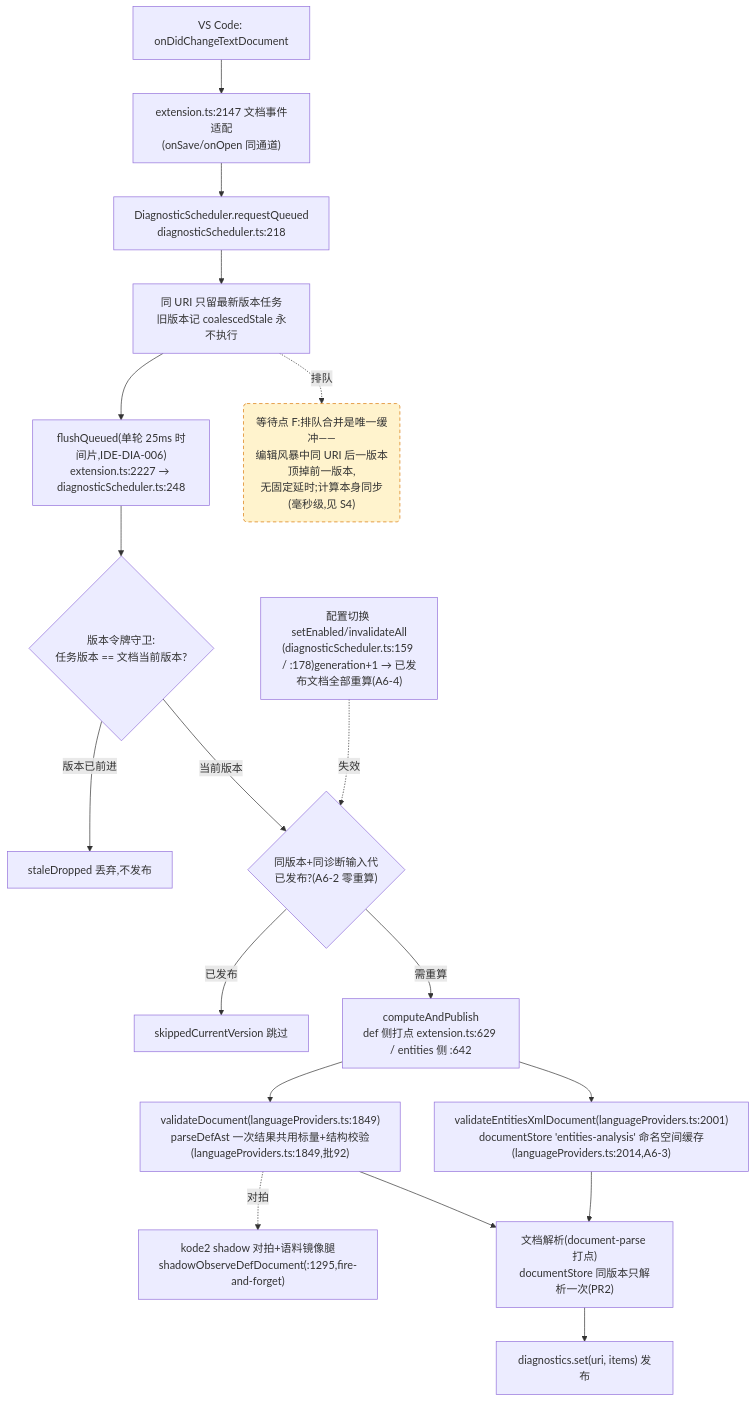
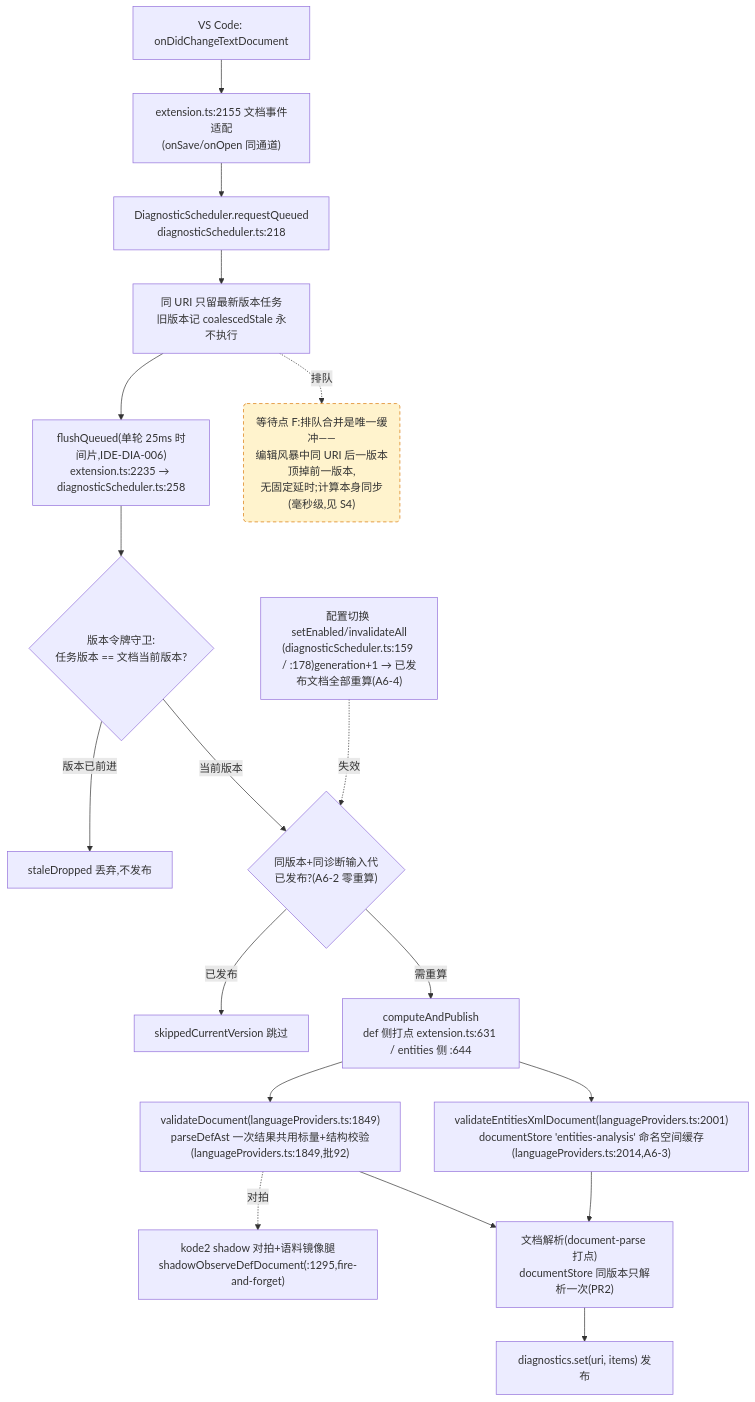
Before and after one commit to cuihairu/kode: the fourth of 4 diagrams in docs/perf/2026-baseline.md, drawn with Mermaid. The commit also changed other lines of this file and 1 other file, not shown here.

Commit message:
test: re-probe perf doc anchors to current extension.ts lines
The KR-AUD-54/55 and import-shift commits moved extension.ts anchor
lines; WATCH moved 2144->2155 and FL 2224->2235. Re-probe all
extension.ts and diagnosticScheduler.ts citations in the 2026-baseline
perf doc to current real lines so the drift-lock stays green.

````diff
--- a/docs/perf/2026-baseline.md
+++ b/docs/perf/2026-baseline.md
@@ -214,38 +214,38 @@
 ```mermaid
 flowchart TD
   CHG["VS Code: onDidChangeTextDocument"]
-  WATCH["extension.ts:2147 文档事件适配<br/>(onSave/onOpen 同通道)"]
+  WATCH["extension.ts:2155 文档事件适配<br/>(onSave/onOpen 同通道)"]
   RQ["DiagnosticScheduler.requestQueued<br/>diagnosticScheduler.ts:218"]
   CO["同 URI 只留最新版本任务<br/>旧版本记 coalescedStale 永不执行"]
-  FL["flushQueued(单轮 25ms 时间片,IDE-DIA-006)<br/>extension.ts:2227 → diagnosticScheduler.ts:248"]
+  FL["flushQueued(单轮 25ms 时间片,IDE-DIA-006)<br/>extension.ts:2235 → diagnosticScheduler.ts:258"]
   VG{"版本令牌守卫:<br/>任务版本 == 文档当前版本?"}
   DROP["staleDropped 丢弃,不发布"]
   GEN{"同版本+同诊断输入代<br/>已发布?(A6-2 零重算)"}
   SKIP["skippedCurrentVersion 跳过"]
-  CALC["computeAndPublish<br/>def 侧打点 extension.ts:629 / entities 侧 :642"]
+  CALC["computeAndPublish<br/>def 侧打点 extension.ts:631 / entities 侧 :644"]
   VD["validateDocument(languageProviders.ts:1849)<br/>parseDefAst 一次结果共用标量+结构校验(languageProviders.ts:1849,批92)"]
   VEX["validateEntitiesXmlDocument(languageProviders.ts:2001)<br/>documentStore 'entities-analysis' 命名空间缓存(languageProviders.ts:2014,A6-3)"]
   SHDD["kode2 shadow 对拍+语料镜像腿<br/>shadowObserveDefDocument(:1295,fire-and-forget)"]
   DS["文档解析(document-parse 打点)<br/>documentStore 同版本只解析一次(PR2)"]
   PUB["diagnostics.set(uri, items) 发布"]
   CFG2["配置切换 setEnabled/invalidateAll<br/>(diagnosticScheduler.ts:159 / :178)generation+1 → 已发布文档全部重算(A6-4)"]
 
   CHG --> WATCH --> RQ --> CO --> FL --> VG
   VG -- "版本已前进" --> DROP
   VG -- "当前版本" --> GEN
   GEN -- "已发布" --> SKIP
   GEN -- "需重算" --> CALC
   CALC --> VD
   CALC --> VEX
   VD --> DS
   VEX --> DS
   DS --> PUB
   VD -.->|对拍| SHDD
   CFG2 -.->|失效| GEN
 
   WAITF("等待点 F:排队合并是唯一缓冲——<br/>编辑风暴中同 URI 后一版本顶掉前一版本,<br/>无固定延时;计算本身同步(毫秒级,见 S4)")
   CO -.->|排队| WAITF
 
   classDef waitPoint fill:#fff3cd,stroke:#d97706,stroke-dasharray:5 4;
   class WAITF waitPoint;
 ```
````
